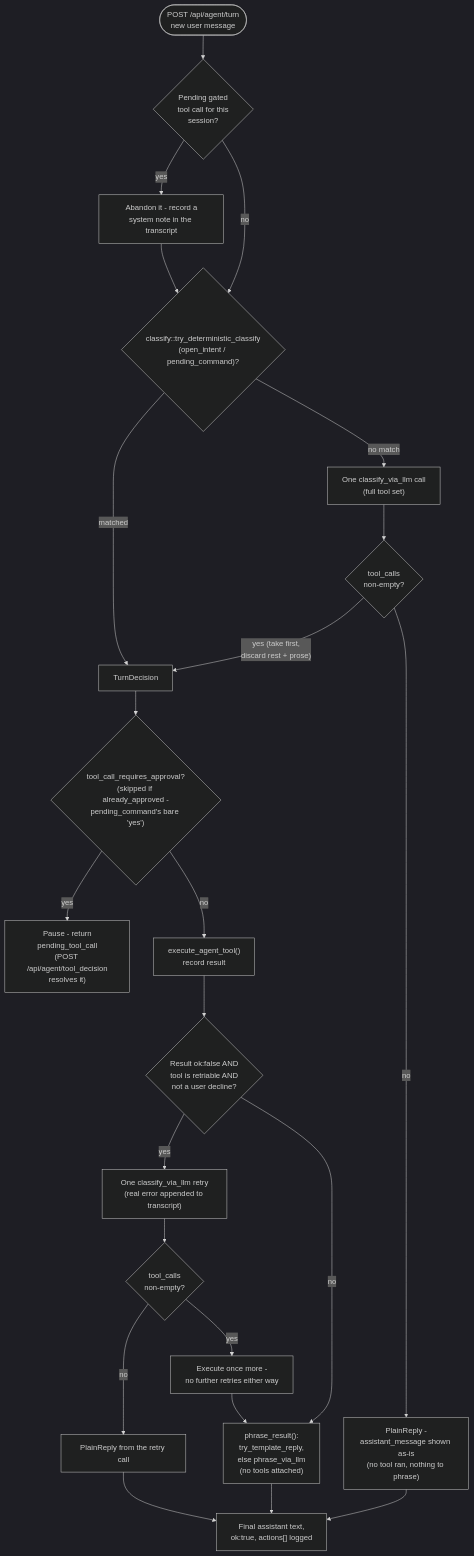
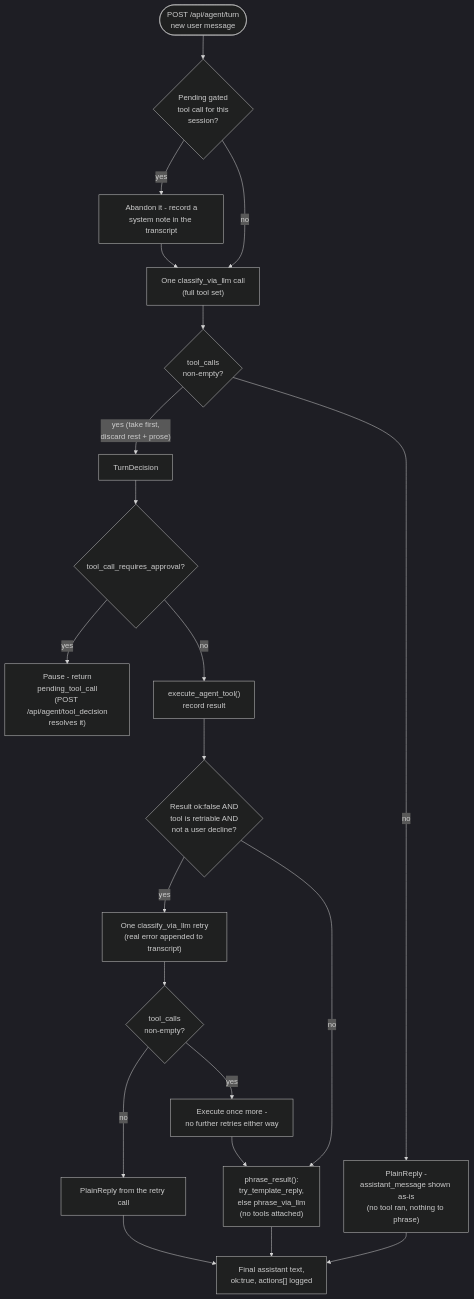
Before and after one commit to vecnode/droidcli: the fourth of 6 diagrams in ARCHITECTURE.md, drawn with Mermaid (dark theme). The commit also changed other lines of this file and 24 other files, not shown here.

First line of the commit message:
Remove deterministic intent-recognition layer, route every request through the LLM classifier (#73)

````diff
--- a/ARCHITECTURE.md
+++ b/ARCHITECTURE.md
@@ -630,29 +596,26 @@
 ```mermaid
 flowchart TD
     Start(["POST /api/agent/turn\nnew user message"]) --> Pending{"Pending gated\ntool call for this\nsession?"}
     Pending -- yes --> Abandon["Abandon it - record a\nsystem note in the transcript"]
-    Abandon --> Classify
-    Pending -- no --> Classify{"classify::try_deterministic_classify\n(open_intent / pending_command)?"}
-
-    Classify -- matched --> Decision["TurnDecision"]
-    Classify -- "no match" --> LlmCall["One classify_via_llm call\n(full tool set)"]
+    Abandon --> LlmCall
+    Pending -- no --> LlmCall["One classify_via_llm call\n(full tool set)"]
     LlmCall --> LlmResult{"tool_calls\nnon-empty?"}
-    LlmResult -- "yes (take first,\ndiscard rest + prose)" --> Decision
+    LlmResult -- "yes (take first,\ndiscard rest + prose)" --> Decision["TurnDecision"]
     LlmResult -- no --> PlainReply["PlainReply -\nassistant_message shown as-is\n(no tool ran, nothing to phrase)"]
 
-    Decision --> Gate{"tool_call_requires_approval?\n(skipped if already_approved -\npending_command's bare 'yes')"}
+    Decision --> Gate{"tool_call_requires_approval?"}
     Gate -- yes --> Pause["Pause - return\npending_tool_call\n(POST /api/agent/tool_decision\nresolves it)"]
     Gate -- no --> Execute["execute_agent_tool()\nrecord result"]
 
     Execute --> Failed{"Result ok:false AND\ntool is retriable AND\nnot a user decline?"}
     Failed -- yes --> RetryClassify["One classify_via_llm retry\n(real error appended to transcript)"]
     RetryClassify --> RetryResult{"tool_calls\nnon-empty?"}
     RetryResult -- yes --> RetryExecute["Execute once more -\nno further retries either way"]
     RetryResult -- no --> RetryPlain["PlainReply from the retry call"]
     RetryExecute --> Phrase
     RetryPlain --> Final
     Failed -- no --> Phrase["phrase_result():\ntry_template_reply,\nelse phrase_via_llm\n(no tools attached)"]
 
     Phrase --> Final["Final assistant text,\nok:true, actions[] logged"]
     PlainReply --> Final
 ```
````
